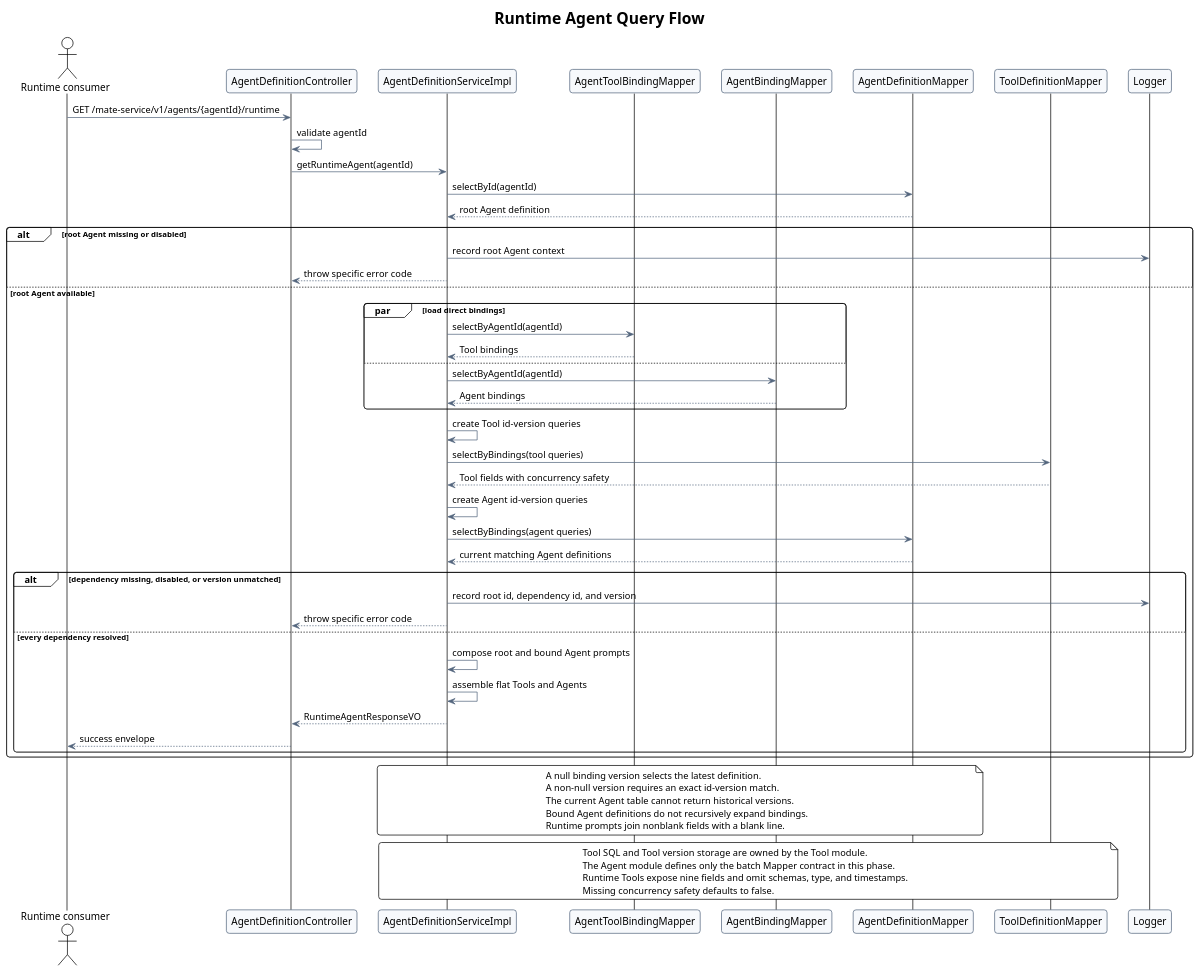
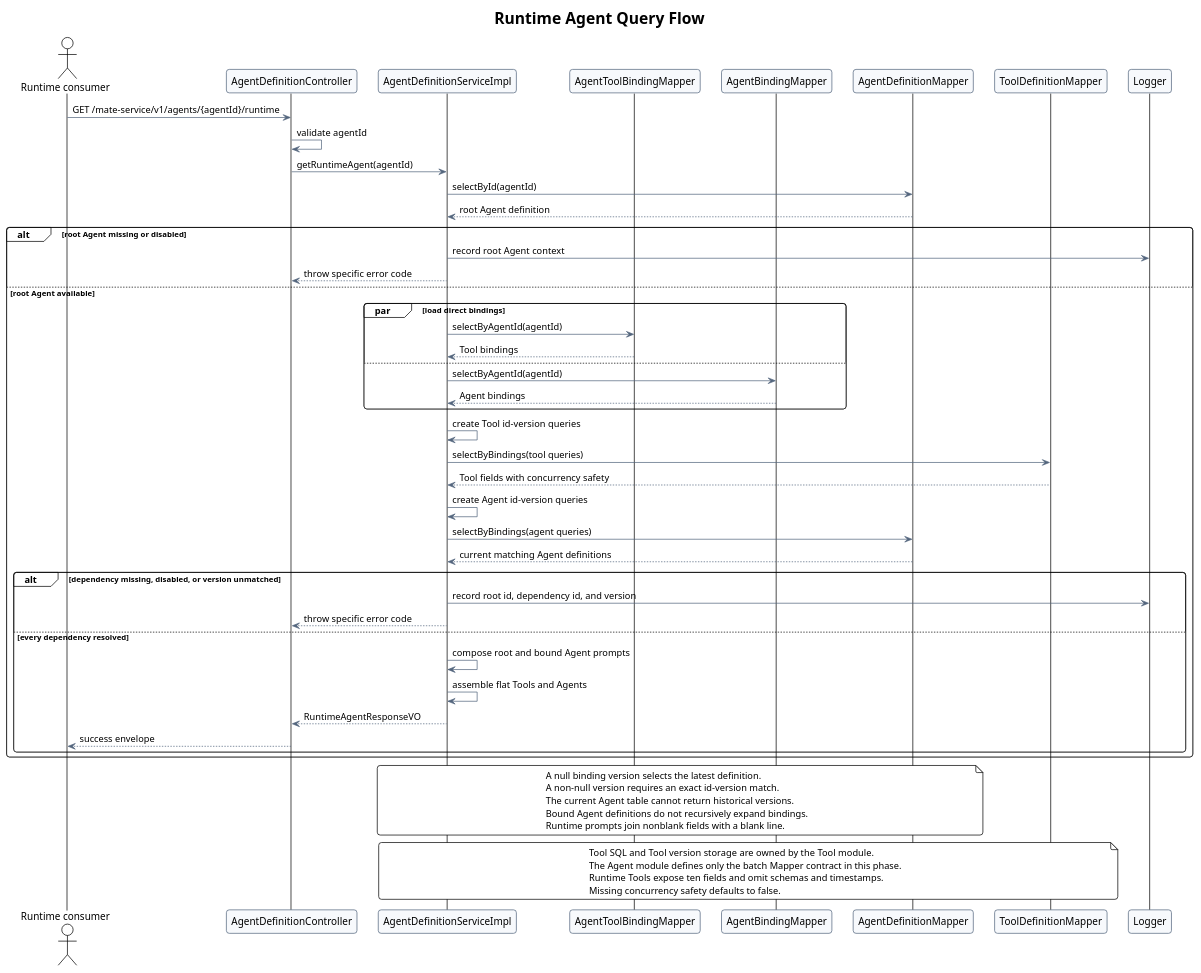
The second of 2 diagrams in agent-metadata-gaussdb-design/diagram.puml (ssm0808/pi-mono-java-design), drawn with PlantUML before and after one commit. The commit also changed other lines of this file and 3 other files, not shown here.

Commit message:
docs(agent): align runtime metadata fields

```diff
--- a/agent-metadata-gaussdb-design/diagram.puml
+++ b/agent-metadata-gaussdb-design/diagram.puml
@@ -174,111 +175,111 @@
 @startuml runtime_agent_query_flow
 !theme plain
 title Runtime Agent Query Flow
 
 skinparam backgroundColor #FFFFFF
 skinparam shadowing false
 skinparam roundcorner 8
 skinparam sequenceArrowThickness 1
 skinparam ArrowColor #53657D
 skinparam ParticipantBorderColor #53657D
 skinparam ParticipantBackgroundColor #F7F9FC
 
 ' Source evidence:
 ' - mate-service baseline path and symbols:
 '   src/main/java/com/huawei/hicampus/mate/agentdefinition/controller/AgentDefinitionController.java
 '   AgentDefinitionController.getAgent.
 '   src/main/java/com/huawei/hicampus/mate/agentdefinition/service/AgentDefinitionService.java
 '   AgentDefinitionService.getAgent.
 '   src/main/java/com/huawei/hicampus/mate/agentdefinition/service/impl/AgentDefinitionServiceImpl.java
 '   AgentDefinitionServiceImpl.getAgent and loadAggregate.
 '   AgentDefinitionServiceImpl.getRuntimeAgent, resolveRuntimeTools,
 '   resolveRuntimeAgents, and indexDefinitions.
 '   src/main/java/com/huawei/hicampus/mate/agentdefinition/mapper/AgentDefinitionMapper.java
 '   AgentDefinitionMapper.selectById.
 '   AgentDefinitionMapper.selectByBindings.
 '   src/main/java/com/huawei/hicampus/mate/agentdefinition/mapper/AgentToolBindingMapper.java
 '   AgentToolBindingMapper.selectByAgentId.
 '   src/main/java/com/huawei/hicampus/mate/agentdefinition/mapper/AgentBindingMapper.java
 '   AgentBindingMapper.selectByAgentId.
 '   src/main/java/com/huawei/hicampus/mate/agentdefinition/mapper/ToolDefinitionMapper.java
 '   ToolDefinitionMapper.selectByBindings.
 '   src/main/java/com/huawei/hicampus/mate/agentdefinition/vo/RuntimeAgentResponseVO.java
 '   RuntimeAgentResponseVO flat Tool and Agent response contract.
 '   src/main/java/com/huawei/hicampus/mate/agentdefinition/vo/ToolDefinitionResponseVO.java
-'   ToolDefinitionResponseVO nine-field bindingTools element.
+'   ToolDefinitionResponseVO ten-field bindingTools element.
 '   src/main/java/com/huawei/hicampus/mate/agentdefinition/vo/RuntimeAgentDefinitionResponseVO.java
-'   RuntimeAgentDefinitionResponseVO seven-field bindingAgents element.
+'   RuntimeAgentDefinitionResponseVO nine-field bindingAgents element.
 ' - TOOL metadata JSON line 8 defines is_concurrency_safe; lines 14-23 define
 '   schemas that the Runtime Agent response intentionally omits.
 ' Observed behavior: getAgent returns binding identifiers and optional versions.
-' Observed behavior: getRuntimeAgent returns nine-field Tool and seven-field
+' Observed behavior: getRuntimeAgent returns ten-field Tool and nine-field
 ' bound Agent definitions without wrapper objects.
-' Both resolved response types omit type and timestamps; only Tool has enabled.
+' Root and resolved response types include type and omit timestamps.
 ' Observed behavior: root and bound Agent prompts use the same composition.
 ' Integration pending: ToolDefinitionMapper SQL is supplied by the Tool owner.
 ' Design reason: batch dependency queries avoid one query per binding.
 ' Security hardening: a missing, disabled, or unmatched dependency fails closed.
 ' Product constraint: no partial Runtime Agent response is returned.
 ' Data-model constraint: t_agent_definition stores only the current Agent version.
 
 actor "Runtime consumer" as Consumer
 participant AgentDefinitionController as Controller
 participant AgentDefinitionServiceImpl as Service
 participant AgentToolBindingMapper as ToolBindingMapper
 participant AgentBindingMapper as AgentBindingMapper
 participant AgentDefinitionMapper as DefinitionMapper
 participant ToolDefinitionMapper as ToolMapper
 participant Logger
 
 Consumer -> Controller: GET /mate-service/v1/agents/{agentId}/runtime
 Controller -> Controller: validate agentId
 Controller -> Service: getRuntimeAgent(agentId)
 Service -> DefinitionMapper: selectById(agentId)
 DefinitionMapper --> Service: root Agent definition
 
 alt root Agent missing or disabled
   Service -> Logger: record root Agent context
   Service --> Controller: throw specific error code
 else root Agent available
   par load direct bindings
     Service -> ToolBindingMapper: selectByAgentId(agentId)
     ToolBindingMapper --> Service: Tool bindings
   else
     Service -> AgentBindingMapper: selectByAgentId(agentId)
     AgentBindingMapper --> Service: Agent bindings
   end
 
   Service -> Service: create Tool id-version queries
   Service -> ToolMapper: selectByBindings(tool queries)
   ToolMapper --> Service: Tool fields with concurrency safety
   Service -> Service: create Agent id-version queries
   Service -> DefinitionMapper: selectByBindings(agent queries)
   DefinitionMapper --> Service: current matching Agent definitions
 
   alt dependency missing, disabled, or version unmatched
     Service -> Logger: record root id, dependency id, and version
     Service --> Controller: throw specific error code
   else every dependency resolved
     Service -> Service: compose root and bound Agent prompts
     Service -> Service: assemble flat Tools and Agents
     Service --> Controller: RuntimeAgentResponseVO
     Controller --> Consumer: success envelope
   end
 end
 
 note over Service,DefinitionMapper
   A null binding version selects the latest definition.
   A non-null version requires an exact id-version match.
   The current Agent table cannot return historical versions.
   Bound Agent definitions do not recursively expand bindings.
   Runtime prompts join nonblank fields with a blank line.
 end note
 
 note over Service,ToolMapper
   Tool SQL and Tool version storage are owned by the Tool module.
   The Agent module defines only the batch Mapper contract in this phase.
-  Runtime Tools expose nine fields and omit schemas, type, and timestamps.
+  Runtime Tools expose ten fields and omit schemas and timestamps.
   Missing concurrency safety defaults to false.
 end note
 
 @enduml
```
